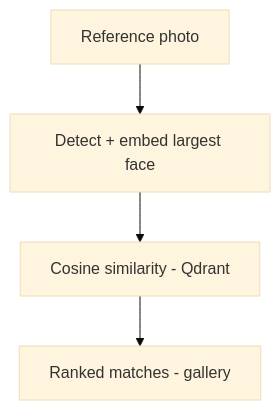
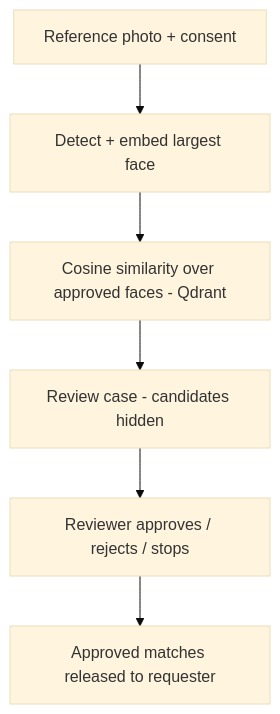
Before and after one commit to laavanjan/face-search-app: the second of 2 diagrams in readme.md, drawn with Mermaid (base theme). The commit also changed other lines of this file, not shown here.

````diff
--- a/readme.md
+++ b/readme.md
@@ -23,6 +39,8 @@
 ```mermaid
 flowchart TD
-    F[Reference photo] --> G[Detect + embed largest face]
-    G --> H[Cosine similarity - Qdrant]
-    H --> I[Ranked matches - gallery]
+    F[Reference photo + consent] --> G[Detect + embed largest face]
+    G --> H[Cosine similarity over approved faces - Qdrant]
+    H --> I[Review case - candidates hidden]
+    I --> J[Reviewer approves / rejects / stops]
+    J --> K[Approved matches released to requester]
 ```
````
